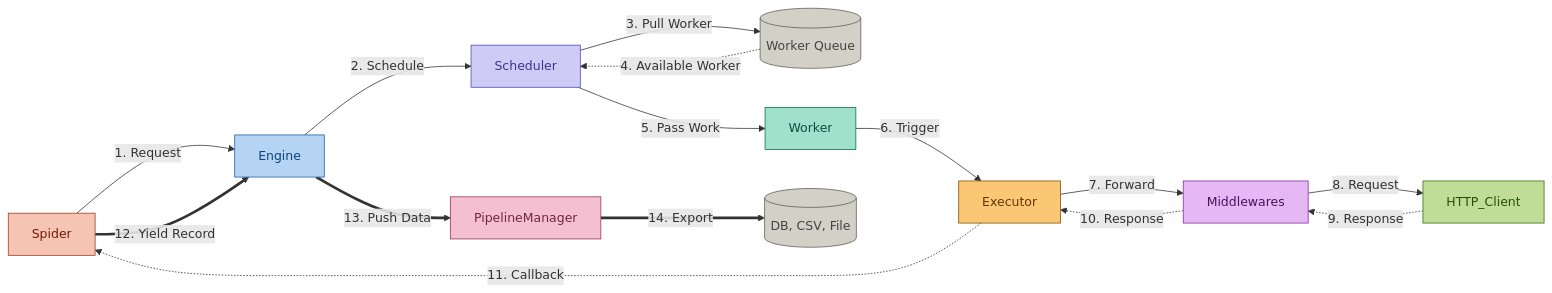
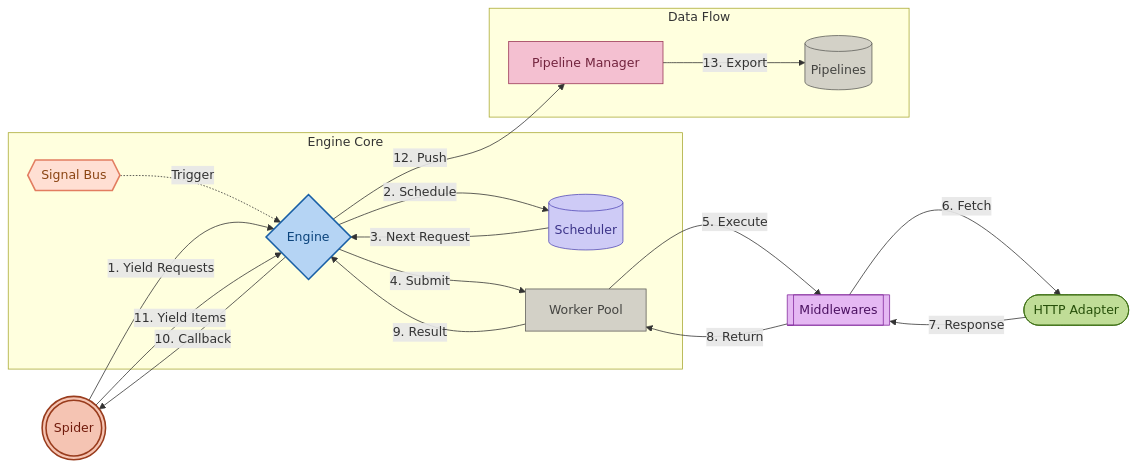
One commit to tech-engine/goscrapy changed the diagram in docs/architecture.md. Above: the diagram before and after it, drawn with Mermaid. The commit also changed other lines of this file and 1 other file, not shown here.

Commit message:
chore: update additional docs

````diff
--- a/docs/architecture.md
+++ b/docs/architecture.md
@@ -7,33 +7,40 @@
 ```mermaid
 flowchart LR
-    %% Request Flow
-    Spider -->|1. Request| Engine
-    Engine -->|2. Schedule| Scheduler
-    Scheduler -->|3. Pull Worker| WorkerQueue[(Worker Queue)]
-    WorkerQueue -.->|4. Available Worker| Scheduler
-    Scheduler -->|5. Pass Work| Worker
-    Worker -->|6. Trigger| Executor
-    Executor -->|7. Forward| Middlewares
-    Middlewares -->|8. Request| HTTP_Client
+    Spider(((Spider)))
+    
+    subgraph Core [Engine Core]
+        SignalBus{{Signal Bus}} -. Trigger .-> Engine{Engine}
+        Engine -- 2. Schedule --> Scheduler[(Scheduler)]
+        Scheduler -- 3. Next Request --> Engine
+        Engine -- 4. Submit --> WorkerPool[Worker Pool]
+        WorkerPool -- 9. Result --> Engine
+    end
 
-    %% Response Flow
-    HTTP_Client -.->|9. Response| Middlewares
-    Middlewares -.->|10. Response| Executor
-    Executor -.->|11. Callback| Spider
+    Middlewares[[Middlewares]]
+    HTTPAdapter([HTTP Adapter])
+    
+    subgraph Data [Data Flow]
+        PipelineManager[Pipeline Manager] -- 13. Export --> Pipelines[(Pipelines)]
+    end
 
-    %% Data Flow
-    Spider ==>|12. Yield Record| Engine
-    Engine ==>|13. Push Data| PipelineManager
-    PipelineManager ==>|14. Export| Pipelines[(DB, CSV, File)]
+    %% Flow
+    Spider -- 1. Yield Requests --> Engine
+    WorkerPool -- 5. Execute --> Middlewares
+    Middlewares -- 6. Fetch --> HTTPAdapter
+    HTTPAdapter -- 7. Response --> Middlewares
+    Middlewares -- 8. Return --> WorkerPool
+    Engine -- 10. Callback --> Spider
+    Spider -- 11. Yield Items --> Engine
+    Engine -- 12. Push --> PipelineManager
 
-    style Spider fill:#F5C4B3,stroke:#993C1D,stroke-width:1px,color:#711B0C
-    style Engine fill:#B5D4F4,stroke:#185FA5,stroke-width:1px,color:#0C447C
+    %% Styling
+    style SignalBus fill:#FFDFD3,stroke:#E27D60,stroke-width:2px,color:#8B4513
+    style Spider fill:#F5C4B3,stroke:#993C1D,stroke-width:2px,color:#711B0C
+    style Engine fill:#B5D4F4,stroke:#185FA5,stroke-width:2px,color:#0C447C
     style Scheduler fill:#CECBF6,stroke:#534AB7,stroke-width:1px,color:#3C3489
-    style WorkerQueue fill:#D3D1C7,stroke:#5F5E5A,stroke-width:1px,color:#444441
-    style Worker fill:#9FE1CB,stroke:#0F6E56,stroke-width:1px,color:#085041
-    style Executor fill:#FAC775,stroke:#854F0B,stroke-width:1px,color:#633806
+    style WorkerPool fill:#D3D1C7,stroke:#5F5E5A,stroke-width:1px,color:#444441
     style Middlewares fill:#E5B8F3,stroke:#842B9E,stroke-width:1px,color:#4B1161
-    style HTTP_Client fill:#C0DD97,stroke:#3B6D11,stroke-width:1px,color:#27500A
+    style HTTPAdapter fill:#C0DD97,stroke:#3B6D11,stroke-width:1px,color:#27500A
     style PipelineManager fill:#F4C0D1,stroke:#993556,stroke-width:1px,color:#72243E
     style Pipelines fill:#D3D1C7,stroke:#5F5E5A,stroke-width:1px,color:#444441
 ```
````
